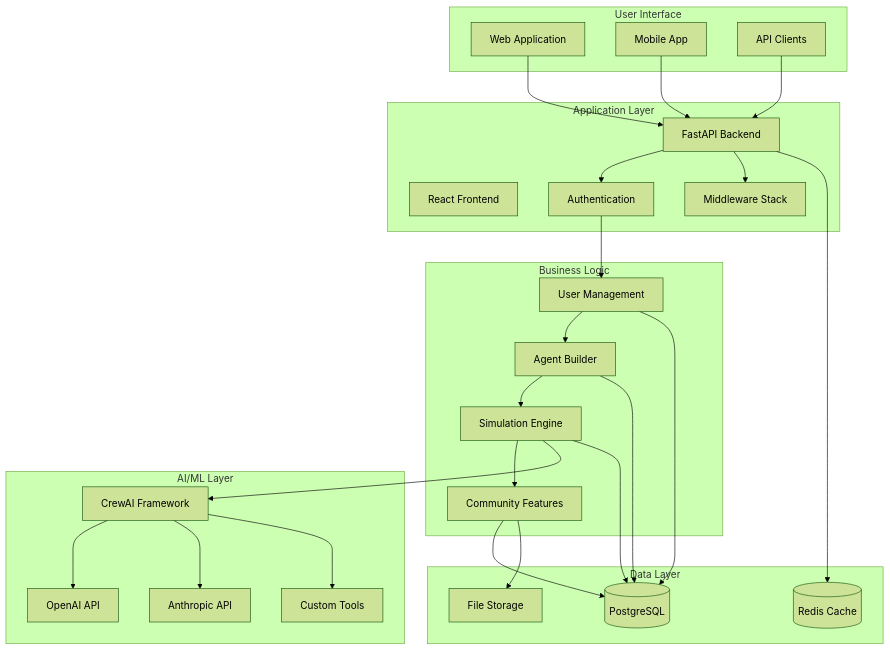
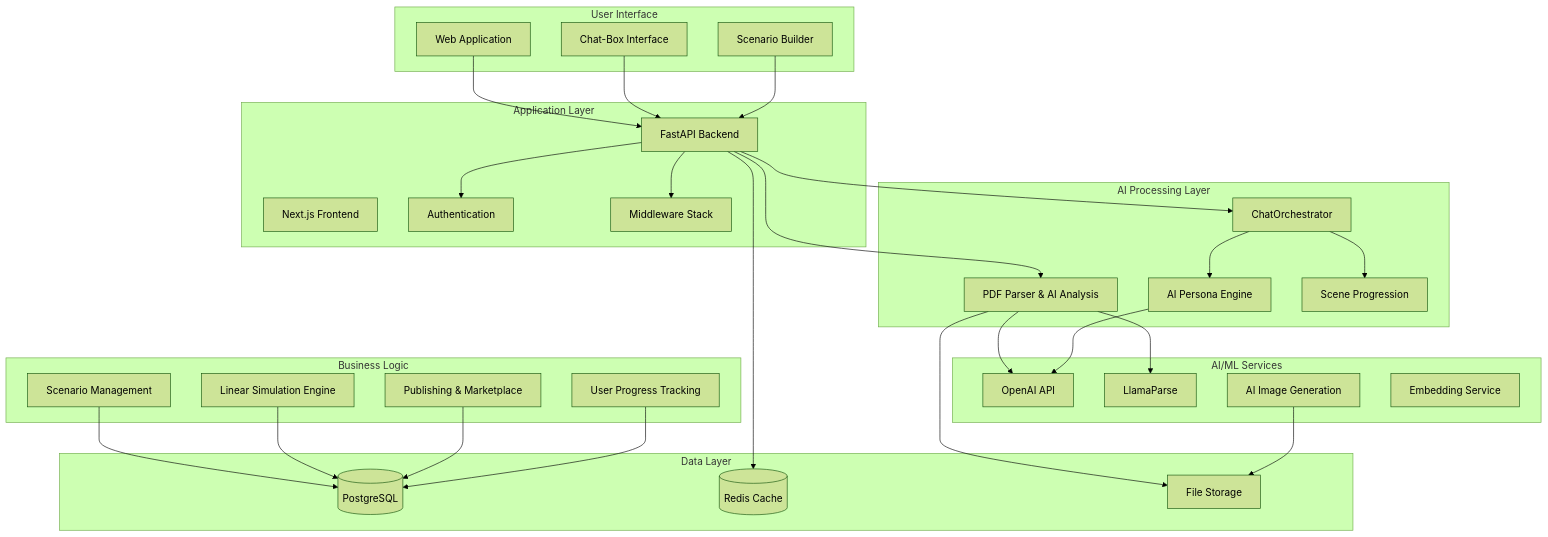
Before and after one commit to Sbcoit/forked-ai-agent-education-platform: the first of 6 diagrams in backend/docs/architecture/README.md, drawn with Mermaid (forest theme). The commit also changed other lines of this file and 5 other files, not shown here.

First line of the commit message:
docs: Update comprehensive documentation for ChatOrchestrator integration

````diff
--- a/backend/docs/architecture/README.md
+++ b/backend/docs/architecture/README.md
@@ -29,55 +29,66 @@
 ```mermaid
 graph TB
     subgraph "User Interface"
         WEB[Web Application]
-        MOBILE[Mobile App]
-        API_CLIENTS[API Clients]
+        CHATBOX[Chat-Box Interface]
+        BUILDER[Scenario Builder]
     end
     
     subgraph "Application Layer"
         FASTAPI[FastAPI Backend]
-        REACT[React Frontend]
+        NEXTJS[Next.js Frontend]
         AUTH[Authentication]
         MIDDLEWARE[Middleware Stack]
     end
     
-    subgraph "Business Logic"
-        USER_MGMT[User Management]
-        AGENT_BUILDER[Agent Builder]
-        SIMULATION[Simulation Engine]
-        COMMUNITY[Community Features]
+    subgraph "AI Processing Layer"
+        PDF_PROCESSOR[PDF Parser & AI Analysis]
+        CHAT_ORCHESTRATOR[ChatOrchestrator]
+        PERSONA_ENGINE[AI Persona Engine]
+        SCENE_MANAGER[Scene Progression]
     end
     
-    subgraph "AI/ML Layer"
-        CREWAI[CrewAI Framework]
+    subgraph "Business Logic"
+        SCENARIO_MGMT[Scenario Management]
+        SIMULATION_ENGINE[Linear Simulation Engine]
+        PUBLISHING[Publishing & Marketplace]
+        USER_PROGRESS[User Progress Tracking]
+    end
+    
+    subgraph "AI/ML Services"
         OPENAI[OpenAI API]
-        ANTHROPIC[Anthropic API]
-        TOOLS[Custom Tools]
+        LLAMAPARSE[LlamaParse]
+        IMAGE_GEN[AI Image Generation]
+        EMBEDDING[Embedding Service]
     end
     
     subgraph "Data Layer"
         POSTGRES[(PostgreSQL)]
         REDIS[(Redis Cache)]
         FILES[File Storage]
     end
     
     WEB --> FASTAPI
-    MOBILE --> FASTAPI
-    API_CLIENTS --> FASTAPI
+    CHATBOX --> FASTAPI
+    BUILDER --> FASTAPI
     FASTAPI --> AUTH
     FASTAPI --> MIDDLEWARE
-    AUTH --> USER_MGMT
-    USER_MGMT --> AGENT_BUILDER
-    AGENT_BUILDER --> SIMULATION
-    SIMULATION --> COMMUNITY
-    SIMULATION --> CREWAI
-    CREWAI --> OPENAI
-    CREWAI --> ANTHROPIC
-    CREWAI --> TOOLS
-    USER_MGMT --> POSTGRES
-    AGENT_BUILDER --> POSTGRES
-    SIMULATION --> POSTGRES
-    COMMUNITY --> POSTGRES
+    
+    FASTAPI --> PDF_PROCESSOR
+    PDF_PROCESSOR --> LLAMAPARSE
+    PDF_PROCESSOR --> OPENAI
+    
+    FASTAPI --> CHAT_ORCHESTRATOR
+    CHAT_ORCHESTRATOR --> PERSONA_ENGINE
+    CHAT_ORCHESTRATOR --> SCENE_MANAGER
+    PERSONA_ENGINE --> OPENAI
+    
+    SCENARIO_MGMT --> POSTGRES
+    SIMULATION_ENGINE --> POSTGRES
+    PUBLISHING --> POSTGRES
+    USER_PROGRESS --> POSTGRES
+    
     FASTAPI --> REDIS
-    COMMUNITY --> FILES
+    PDF_PROCESSOR --> FILES
+    IMAGE_GEN --> FILES
 ```
````
